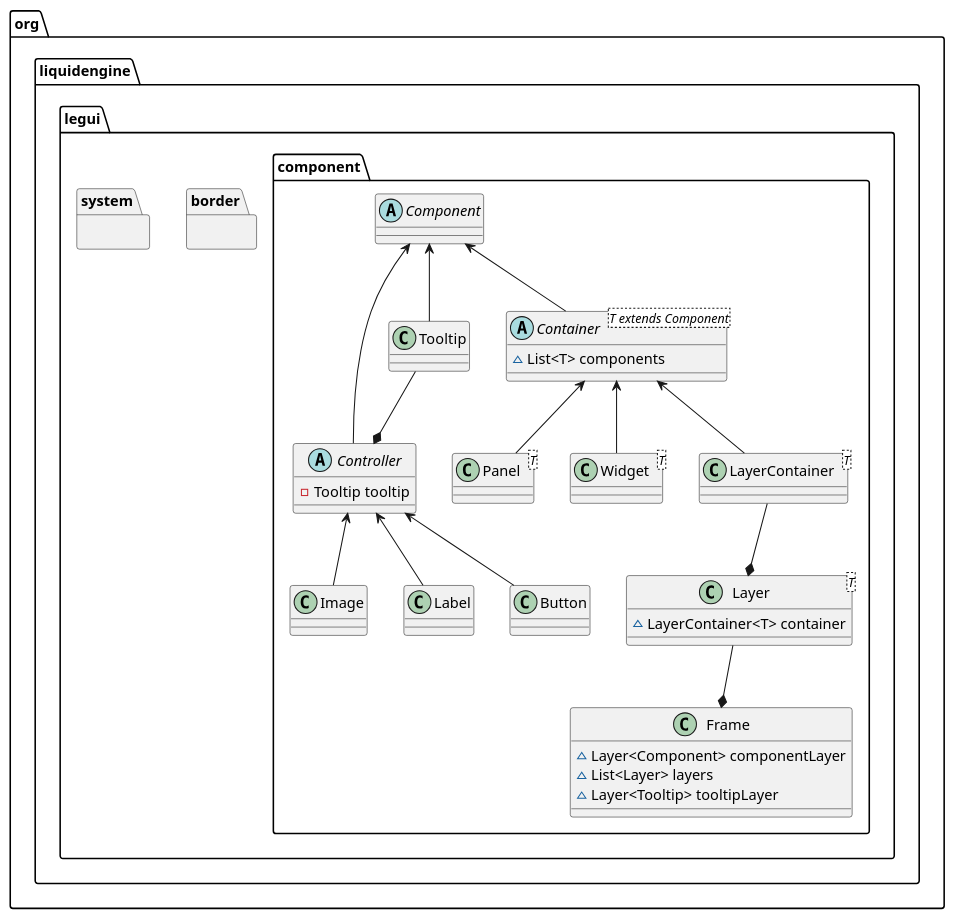
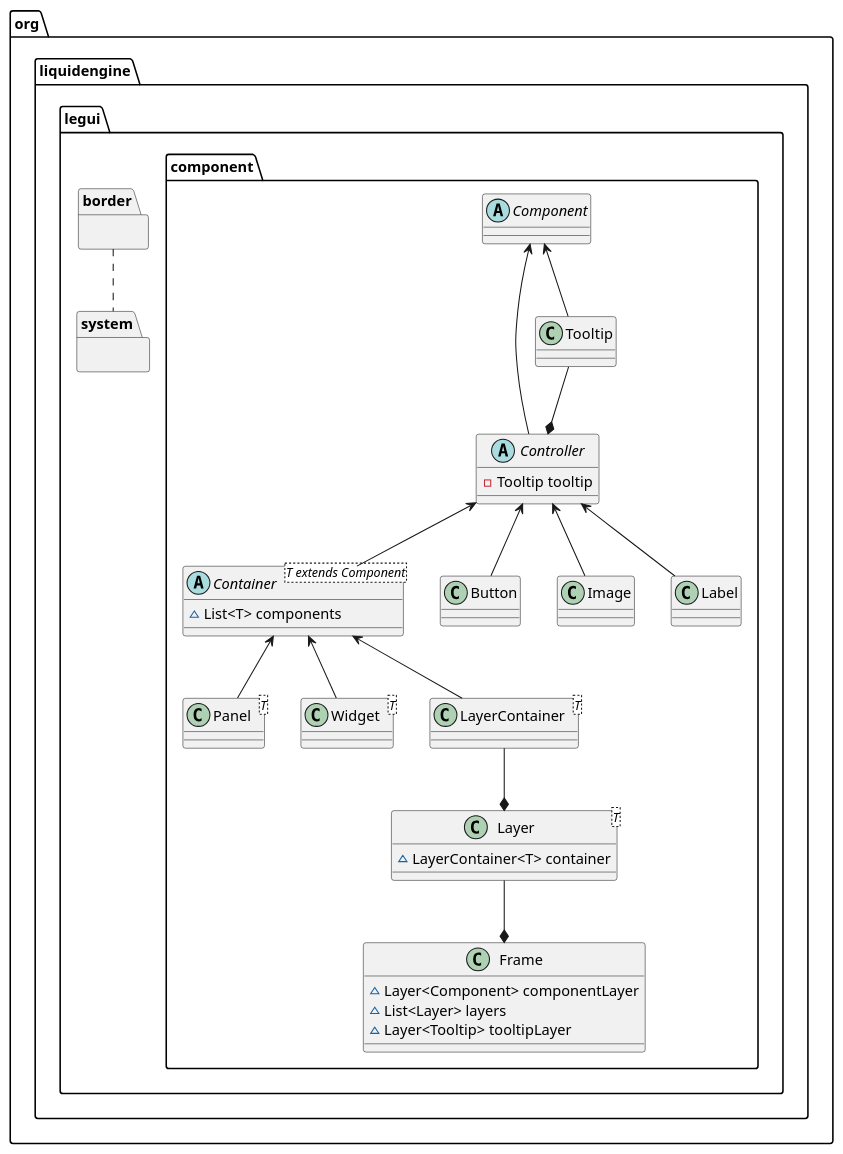
The diagram in src/main/java/ClassDiagram.puml (SpinyOwl/legui), drawn with PlantUML before and after one commit. The commit also changed 74 other files, not shown here.

```diff
--- a/src/main/java/ClassDiagram.puml
+++ b/src/main/java/ClassDiagram.puml
@@ -1,52 +1,55 @@
 @startuml
 package org.liquidengine.legui{
     package component{
         abstract class Component
         abstract class Controller {
             -Tooltip tooltip
         }
         abstract class Container<T extends Component> {
             ~List<T> components
         }
         class Panel<T>
         class Widget<T>
         class LayerContainer<T>
         class Button
         class Image
         class Label
         class Tooltip
         class Layer<T> {
             ~LayerContainer<T> container
         }
         class Frame {
             ~Layer<Component> componentLayer
             ~List<Layer> layers
             ~Layer<Tooltip> tooltipLayer
         }
 
-        Component       <--     Container
+
         Container       <--     Panel
         Container       <--     Widget
         Container       <--     LayerContainer
 
         Component       <--     Tooltip
         Component       <--     Controller
 
+        Controller      <--     Container
         Controller      <--     Button
         Controller      <--     Image
         Controller      <--     Label
 
-        Tooltip         --*     Controller
-        LayerContainer  --*     Layer
-        Frame           *-up-   Layer
+         Tooltip        --*     Controller
+         LayerContainer --*     Layer
+         Layer          --*     Frame
     }
 
     package border{
 
     }
 
     package system{
 
     }
+
+    border .. system
 }
 @enduml
```
